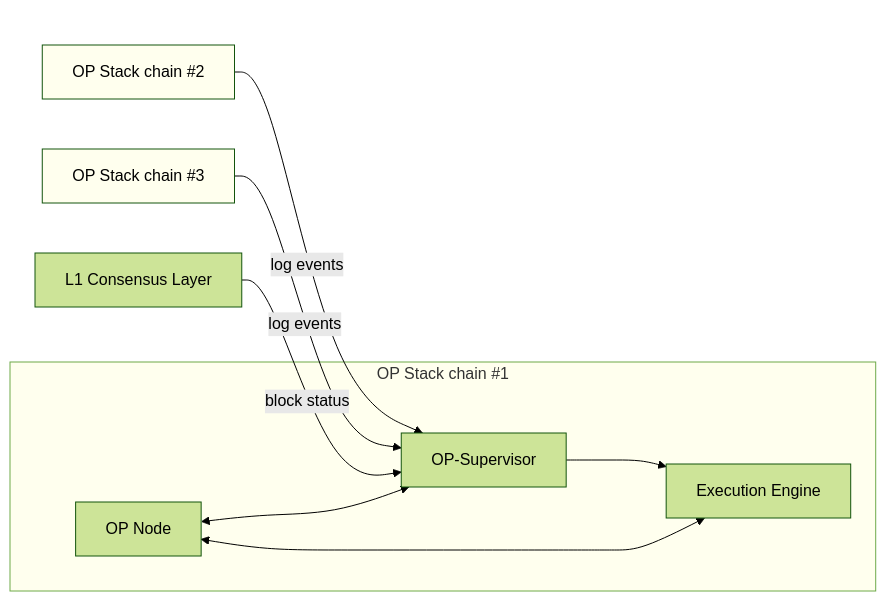
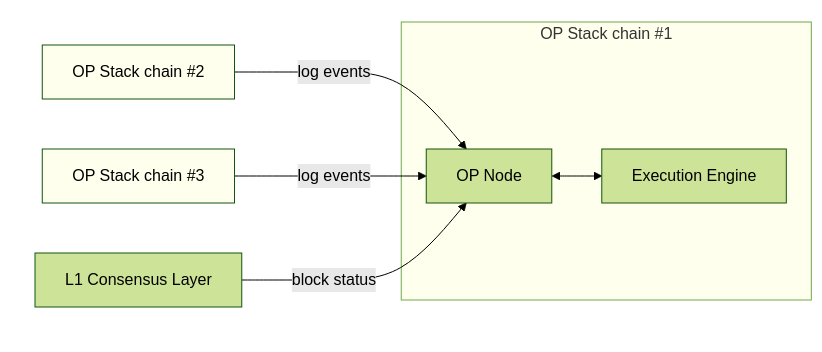
The first of 6 diagrams in docs/public-docs/op-stack/interop/explainer.mdx (hemilabs/optimism), drawn with Mermaid (forest theme) before and after one commit. The commit also changed other lines of this file and 7 other files, not shown here.

````diff
--- a/docs/public-docs/op-stack/interop/explainer.mdx
+++ b/docs/public-docs/op-stack/interop/explainer.mdx
@@ -31,26 +30,25 @@
 ```mermaid
 
 graph LR
 
   classDef chain fill:#FFE
   classDef transparent fill:none, stroke:none
-  
+
   subgraph chain1[OP Stack chain #1]
     node1[OP Node]
-    super1[OP-Supervisor]
     geth1[Execution Engine]
-    node1<-->super1--->geth1<-->node1
+    node1<-->geth1
   end
   subgraph X[ ]
     chain2[OP Stack chain #2]
     chain3[OP Stack chain #3]
     l1node[L1 Consensus Layer]
   end
 
-  chain2-->|log events|super1
-  chain3-->|log events|super1
-  l1node-->|block status|super1
+  chain2-->|log events|node1
+  chain3-->|log events|node1
+  l1node-->|block status|node1
 
   class chain1,chain2,chain3 chain
   class X transparent
 ```
````
